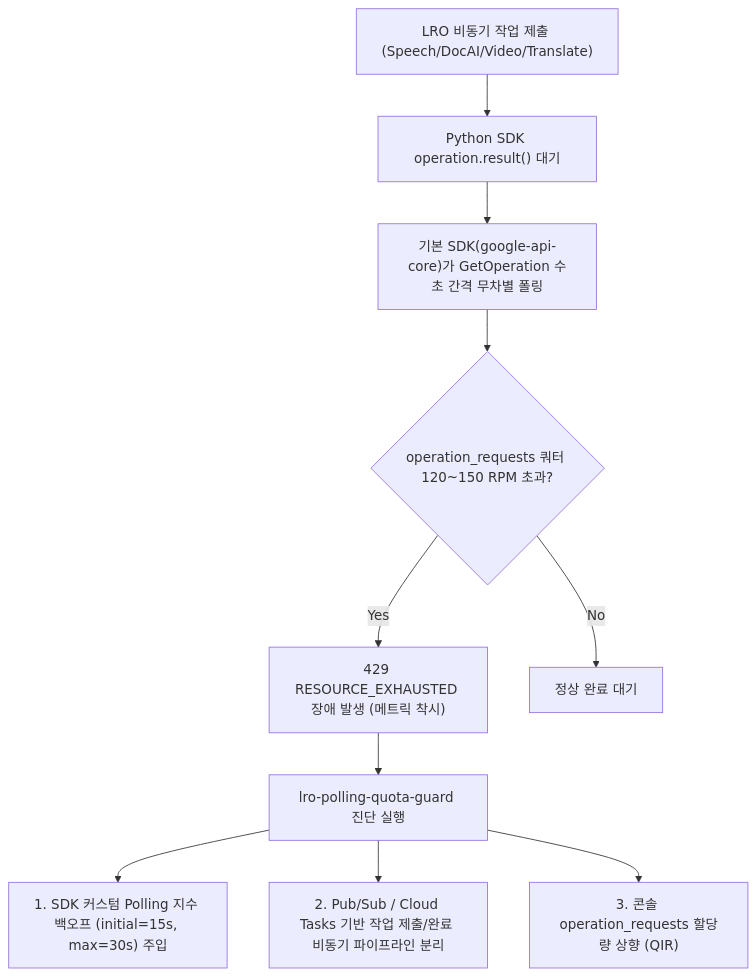
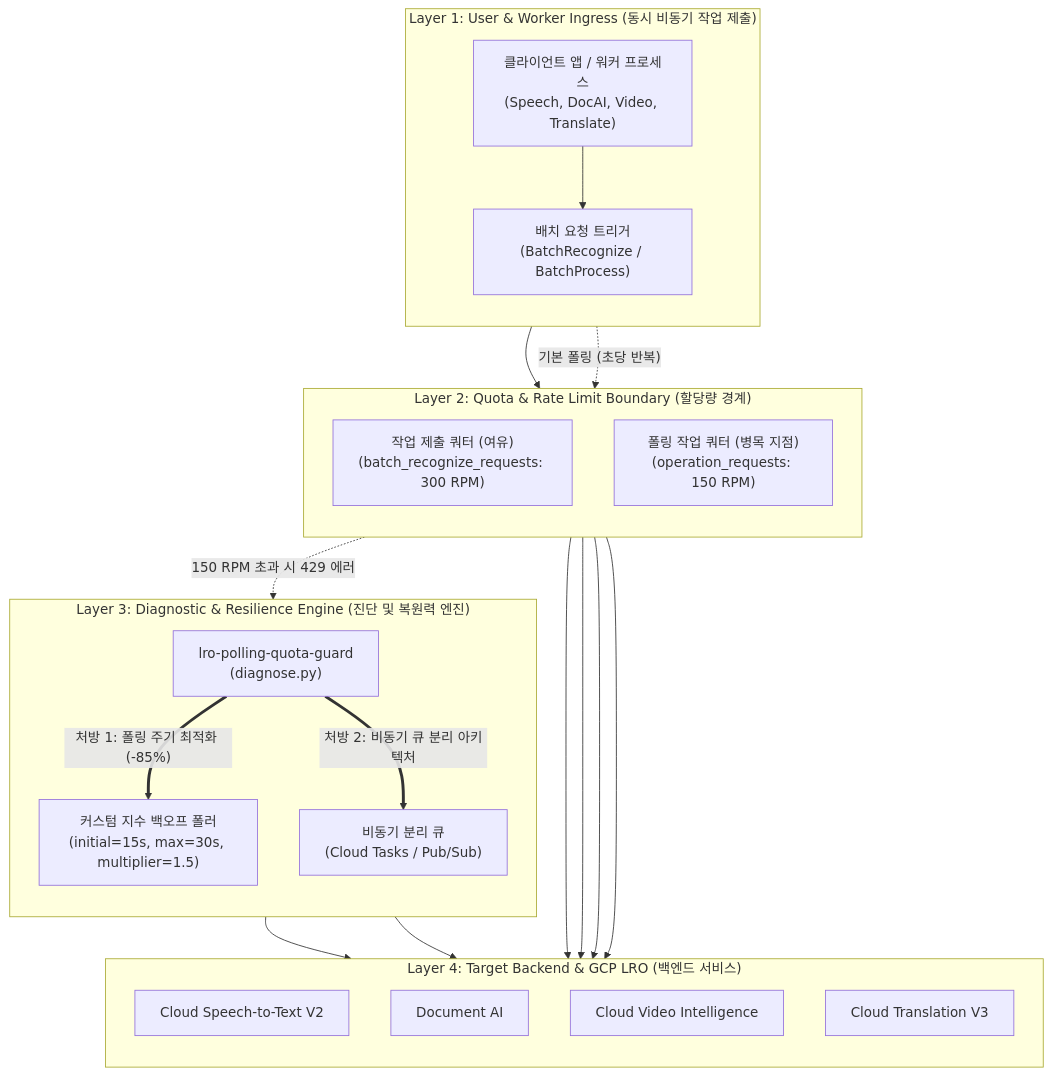
One commit to jiangjun-forge/google-cloud-0-to-1 changed the diagram in samples/lro-polling-quota-guard/README.md. Above: the diagram before and after it, drawn with Mermaid. The commit also changed other lines of this file and 94 other files, not shown here.

Commit message:
Standardize architecture specifications

````diff
--- a/samples/lro-polling-quota-guard/README.md
+++ b/samples/lro-polling-quota-guard/README.md
@@ -74,12 +74,43 @@
 ```mermaid
 flowchart TD
-    A["LRO 비동기 작업 제출 (Speech/DocAI/Video/Translate)"] --> B["Python SDK operation.result() 대기"]
-    B --> C["기본 SDK(google-api-core)가 GetOperation 수초 간격 무차별 폴링"]
-    C --> D{"operation_requests 쿼터 120~150 RPM 초과?"}
-    D -->|Yes| E["429 RESOURCE_EXHAUSTED 장애 발생 (메트릭 착시)"]
-    D -->|No| F["정상 완료 대기"]
-    E --> G["lro-polling-quota-guard 진단 실행"]
-    G --> H["1. SDK 커스텀 Polling 지수 백오프 (initial=15s, max=30s) 주입"]
-    G --> I["2. Pub/Sub / Cloud Tasks 기반 작업 제출/완료 비동기 파이프라인 분리"]
-    G --> J["3. 콘솔 operation_requests 할당량 상향 (QIR)"]
+    subgraph Layer1["Layer 1: User & Worker Ingress (동시 비동기 작업 제출)"]
+        direction TB
+        ClientApp["클라이언트 앱 / 워커 프로세스<br/>(Speech, DocAI, Video, Translate)"]
+        BatchTrigger["배치 요청 트리거<br/>(BatchRecognize / BatchProcess)"]
+        ClientApp --> BatchTrigger
+    end
+
+    subgraph Layer2["Layer 2: Quota & Rate Limit Boundary (할당량 경계)"]
+        direction TB
+        MainJobQuota["작업 제출 쿼터 (여유)<br/>(batch_recognize_requests: 300 RPM)"]
+        PollQuota["폴링 작업 쿼터 (병목 지점)<br/>(operation_requests: 150 RPM)"]
+    end
+
+    subgraph Layer3["Layer 3: Diagnostic & Resilience Engine (진단 및 복원력 엔진)"]
+        direction TB
+        GuardEngine["lro-polling-quota-guard<br/>(diagnose.py)"]
+        CustomPoller["커스텀 지수 백오프 폴러<br/>(initial=15s, max=30s, multiplier=1.5)"]
+        TasksQueue["비동기 분리 큐<br/>(Cloud Tasks / Pub/Sub)"]
+    end
+
+    subgraph Layer4["Layer 4: Target Backend & GCP LRO (백엔드 서비스)"]
+        direction TB
+        SpeechService["Cloud Speech-to-Text V2"]
+        DocAIService["Document AI"]
+        VideoService["Cloud Video Intelligence"]
+        TranslateService["Cloud Translation V3"]
+    end
+
+    BatchTrigger --> MainJobQuota
+    MainJobQuota --> SpeechService
+    MainJobQuota --> DocAIService
+    MainJobQuota --> VideoService
+    MainJobQuota --> TranslateService
+
+    ClientApp -.->|"기본 폴링 (초당 반복)"| PollQuota
+    PollQuota -.->|"150 RPM 초과 시 429 에러"| GuardEngine
+    GuardEngine ==>|"처방 1: 폴링 주기 최적화 (-85%)"| CustomPoller
+    GuardEngine ==>|"처방 2: 비동기 큐 분리 아키텍처"| TasksQueue
+    CustomPoller --> SpeechService
+    TasksQueue --> SpeechService
 ```
````
